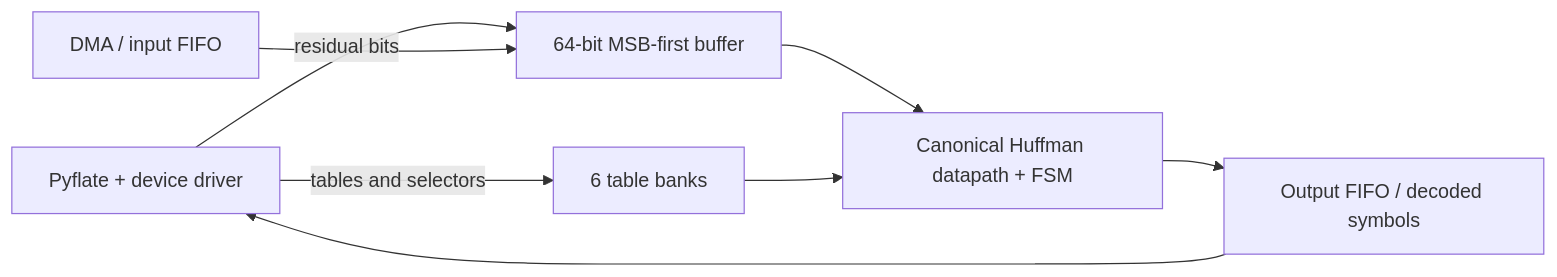
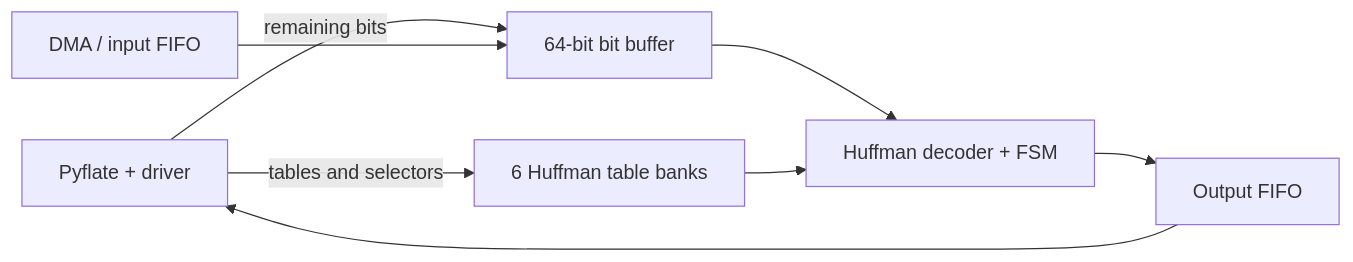
The diagram in pyflate/report_hardware_accelerator.md (yoniBenabou/HWSWProject), drawn with Mermaid before and after one commit. The commit also changed other lines of this file and 1 other file, not shown here.

Commit message:
Pyflate: update hardware report

````diff
--- a/pyflate/report_hardware_accelerator.md
+++ b/pyflate/report_hardware_accelerator.md
@@ -67,10 +55,10 @@
 ```mermaid
 flowchart LR
-    CPU["Pyflate + device driver"] -->|tables and selectors| CFG["6 table banks"]
-    CPU -->|residual bits| BUF
-    DMA["DMA / input FIFO"] --> BUF["64-bit MSB-first buffer"]
-    BUF --> DEC["Canonical Huffman datapath + FSM"]
+    CPU["Pyflate + driver"] -->|tables and selectors| CFG["6 Huffman table banks"]
+    CPU -->|remaining bits| BUF
+    DMA["DMA / input FIFO"] --> BUF["64-bit bit buffer"]
+    BUF --> DEC["Huffman decoder + FSM"]
     CFG --> DEC
-    DEC --> OUT["Output FIFO / decoded symbols"]
+    DEC --> OUT["Output FIFO"]
     OUT --> CPU
 ```
````
